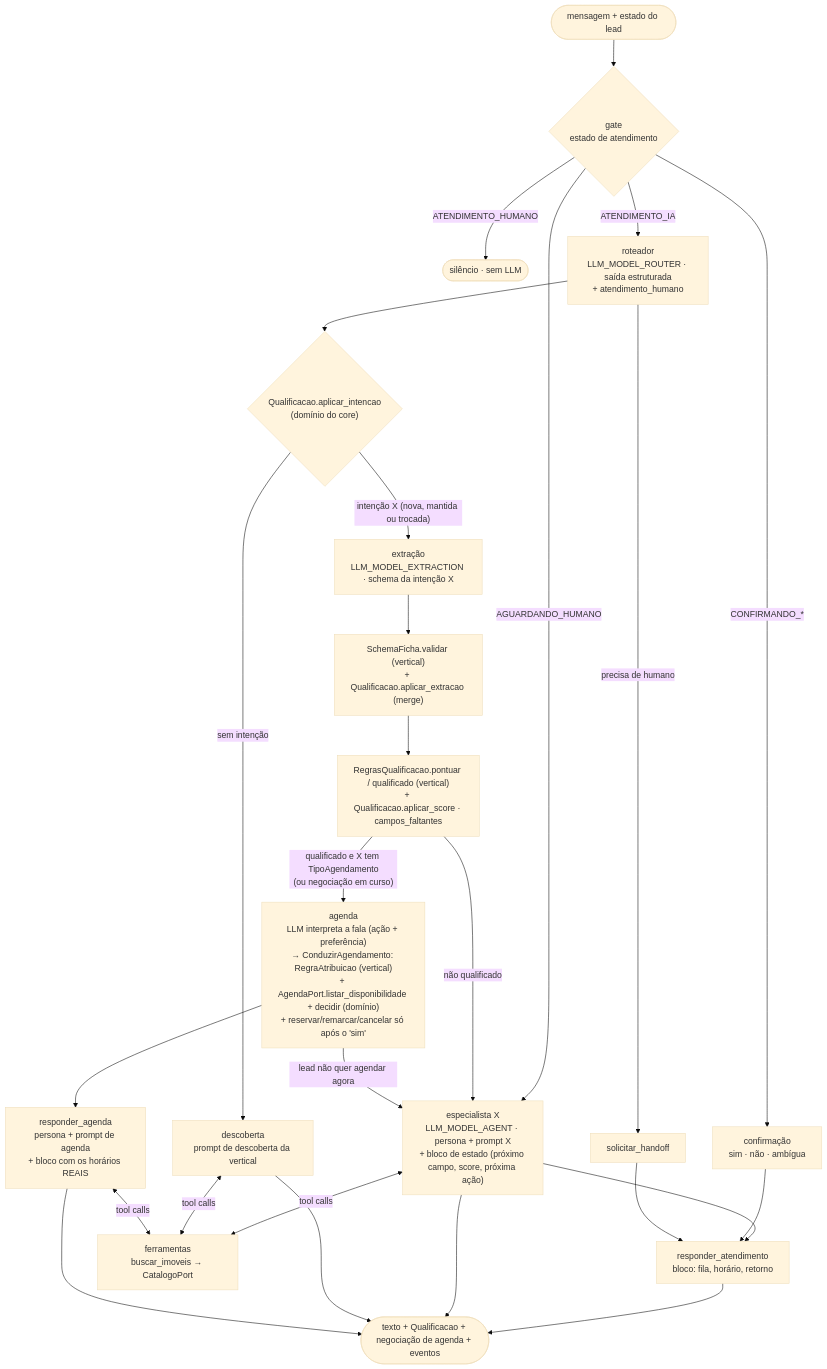
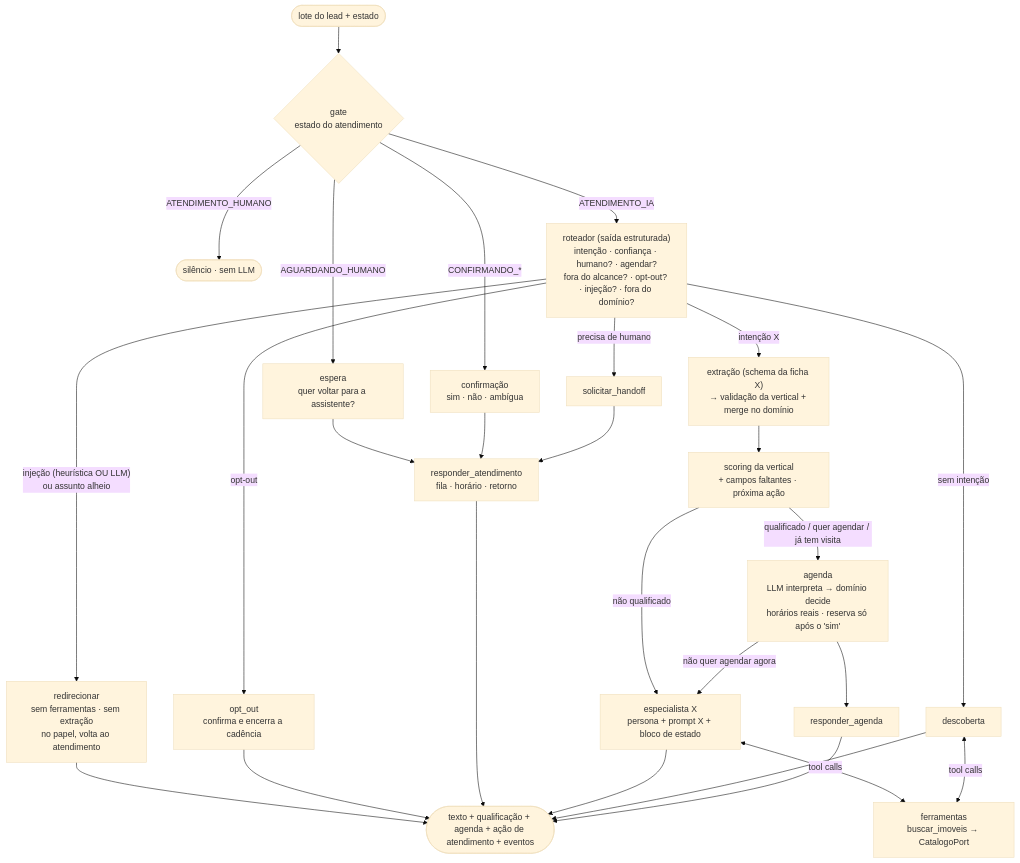
One commit to amaranini/tech-challenge-fase-5 changed the sixth of 13 diagrams in docs/arquitetura.md. Above: the diagram before and after it, drawn with Mermaid (base theme). The commit also changed other lines of this file and 22 other files, not shown here.

````diff
--- a/docs/arquitetura.md
+++ b/docs/arquitetura.md
@@ -242,28 +254,22 @@
 ```mermaid
 flowchart TD
-    START([mensagem + estado do lead]) --> GATE{"gate<br/>estado de atendimento"}
+    START([lote do lead + estado]) --> GATE{"gate<br/>estado do atendimento"}
     GATE -- ATENDIMENTO_HUMANO --> SIL([silêncio · sem LLM])
-    GATE -- AGUARDANDO_HUMANO --> ESP["espera<br/>quer voltar para a assistente?"]
+    GATE -- AGUARDANDO_HUMANO --> ESPERA["espera<br/>quer voltar para a assistente?"]
     GATE -- "CONFIRMANDO_*" --> CONF["confirmação<br/>sim · não · ambígua"]
-    GATE -- ATENDIMENTO_IA --> R["roteador<br/>LLM_MODEL_ROUTER · saída estruturada<br/>+ atendimento_humano"]
-    R -- "precisa de humano" --> SH["solicitar_handoff"]
-    ESP --> RAT["responder_atendimento<br/>bloco: fila, horário, retorno"]
-    CONF --> RAT
-    SH --> RAT
-    RAT --> FIM
-    R --> D{"Qualificacao.aplicar_intencao<br/>(domínio do core)"}
-    D -- "sem intenção" --> DESC["descoberta<br/>prompt de descoberta da vertical"]
-    D -- "intenção X (nova, mantida ou trocada)" --> EX["extração<br/>LLM_MODEL_EXTRACTION · schema da intenção X"]
-    EX --> M["SchemaFicha.validar (vertical)<br/>+ Qualificacao.aplicar_extracao (merge)"]
-    M --> SC["RegrasQualificacao.pontuar / qualificado (vertical)<br/>+ Qualificacao.aplicar_score · campos_faltantes"]
-    SC -- "não qualificado" --> ESP["especialista X<br/>LLM_MODEL_AGENT · persona + prompt X<br/>+ bloco de estado (próximo campo, score, próxima ação)"]
-    SC -- "qualificado e X tem TipoAgendamento<br/>(ou negociação em curso)" --> AG["agenda<br/>LLM interpreta a fala (ação + preferência)<br/>→ ConduzirAgendamento: RegraAtribuicao (vertical)<br/>+ AgendaPort.listar_disponibilidade + decidir (domínio)<br/>+ reservar/remarcar/cancelar só após o 'sim'"]
-    AG -- "lead não quer agendar agora" --> ESP
-    AG --> RA["responder_agenda<br/>persona + prompt de agenda<br/>+ bloco com os horários REAIS"]
-    ESP <-- "tool calls" --> T["ferramentas<br/>buscar_imoveis → CatalogoPort"]
+    GATE -- ATENDIMENTO_IA --> R["roteador (saída estruturada)<br/>intenção · confiança · humano? · agendar?<br/>fora do alcance? · opt-out? · injeção? · fora do domínio?"]
+    R -- "injeção (heurística OU LLM)<br/>ou assunto alheio" --> RED["redirecionar<br/>sem ferramentas · sem extração<br/>no papel, volta ao atendimento"]
+    R -- opt-out --> OPT["opt_out<br/>confirma e encerra a cadência"]
+    R -- "precisa de humano" --> SH[solicitar_handoff]
+    ESPERA & CONF & SH --> RAT["responder_atendimento<br/>fila · horário · retorno"]
+    R -- "sem intenção" --> DESC["descoberta"]
+    R -- "intenção X" --> EX["extração (schema da ficha X)<br/>→ validação da vertical + merge no domínio"]
+    EX --> SC["scoring da vertical<br/>+ campos faltantes · próxima ação"]
+    SC -- "não qualificado" --> ESPEC["especialista X<br/>persona + prompt X + bloco de estado"]
+    SC -- "qualificado / quer agendar / já tem visita" --> AGD["agenda<br/>LLM interpreta → domínio decide<br/>horários reais · reserva só após o 'sim'"]
+    AGD -- "não quer agendar agora" --> ESPEC
+    AGD --> RA["responder_agenda"]
+    ESPEC <-- "tool calls" --> T["ferramentas<br/>buscar_imoveis → CatalogoPort"]
     DESC <-- "tool calls" --> T
-    RA <-- "tool calls" --> T
-    ESP --> FIM([texto + Qualificacao + negociação de agenda + eventos])
-    DESC --> FIM
-    RA --> FIM
+    RED & OPT & RAT & ESPEC & DESC & RA --> FIM([texto + qualificação + agenda + ação de atendimento + eventos])
 ```
````
